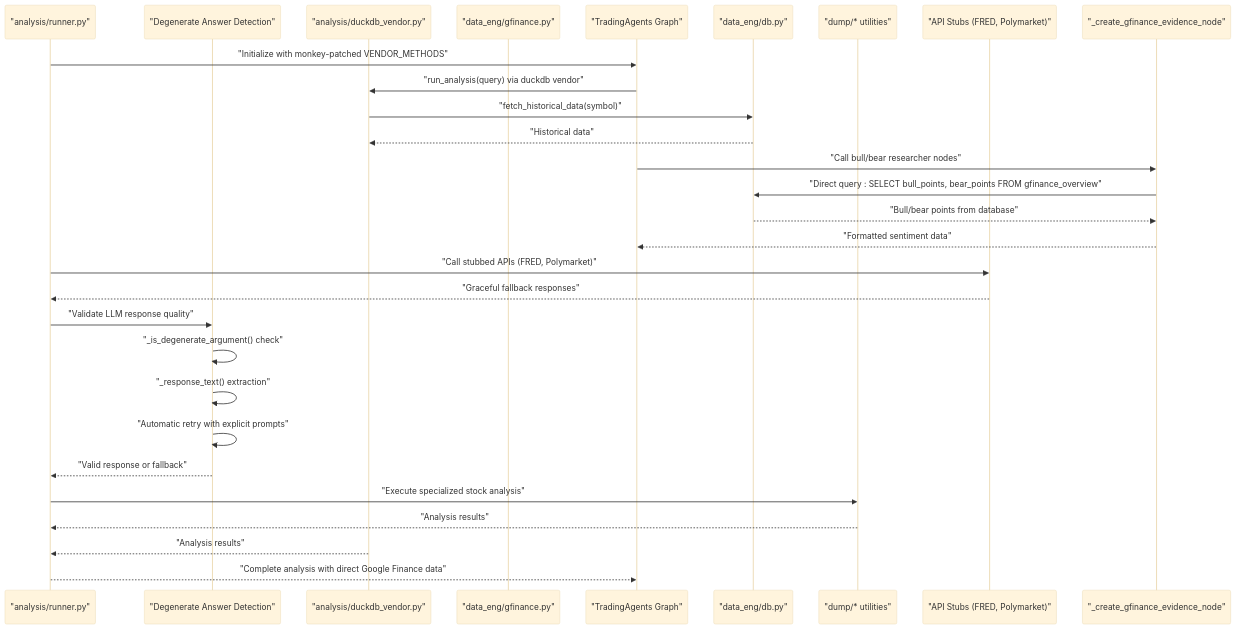
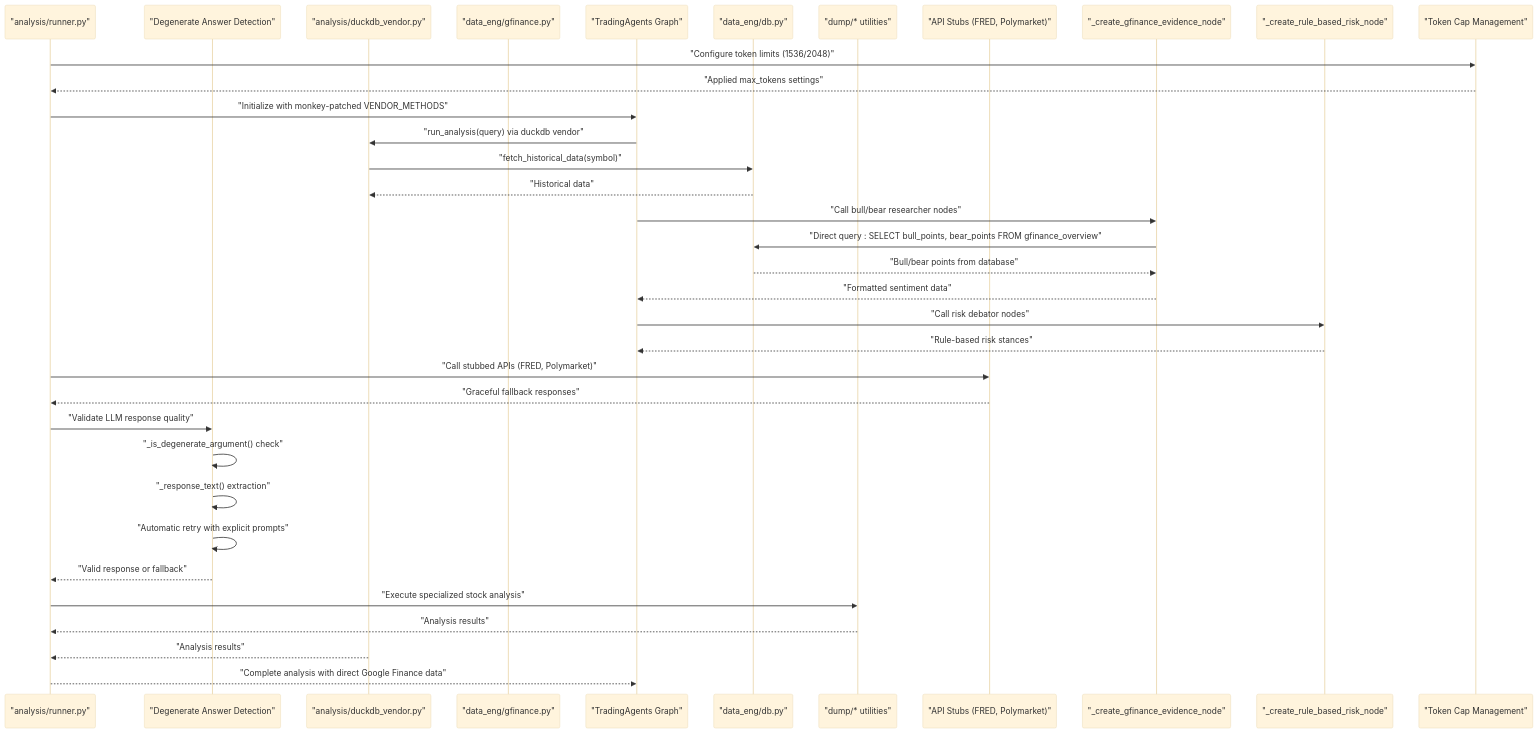
Before and after one commit to ZengSeng/telegram-bot: the ninth of 13 diagrams in .qoder/repowiki/en/content/Core Components/Analysis Framework.md, drawn with Mermaid (base theme). The commit also changed other lines of this file and 8 other files, not shown here.

````diff
--- a/.qoder/repowiki/en/content/Core Components/Analysis Framework.md
+++ b/.qoder/repowiki/en/content/Core Components/Analysis Framework.md
@@ -496,31 +521,37 @@
 ```mermaid
 sequenceDiagram
 participant Runner as "analysis/runner.py"
 participant LLMValidator as "Degenerate Answer Detection"
 participant DuckDB as "analysis/duckdb_vendor.py"
 participant GoogleFinance as "data_eng/gfinance.py"
 participant TradingAgents as "TradingAgents Graph"
 participant DB as "data_eng/db.py"
 participant DumpUtils as "dump/* utilities"
 participant Stubs as "API Stubs (FRED, Polymarket)"
 participant GFINode as "_create_gfinance_evidence_node"
+participant RiskNodes as "_create_rule_based_risk_node"
+participant TokenCaps as "Token Cap Management"
+Runner->>TokenCaps : "Configure token limits (1536/2048)"
+TokenCaps-->>Runner : "Applied max_tokens settings"
 Runner->>TradingAgents : "Initialize with monkey-patched VENDOR_METHODS"
 TradingAgents->>DuckDB : "run_analysis(query) via duckdb vendor"
 DuckDB->>DB : "fetch_historical_data(symbol)"
 DB-->>DuckDB : "Historical data"
 TradingAgents->>GFINode : "Call bull/bear researcher nodes"
 GFINode->>DB : "Direct query : SELECT bull_points, bear_points FROM gfinance_overview"
 DB-->>GFINode : "Bull/bear points from database"
 GFINode-->>TradingAgents : "Formatted sentiment data"
+TradingAgents->>RiskNodes : "Call risk debator nodes"
+RiskNodes-->>TradingAgents : "Rule-based risk stances"
 Runner->>Stubs : "Call stubbed APIs (FRED, Polymarket)"
 Stubs-->>Runner : "Graceful fallback responses"
 Runner->>LLMValidator : "Validate LLM response quality"
 LLMValidator->>LLMValidator : "_is_degenerate_argument() check"
 LLMValidator->>LLMValidator : "_response_text() extraction"
 LLMValidator->>LLMValidator : "Automatic retry with explicit prompts"
 LLMValidator-->>Runner : "Valid response or fallback"
 Runner->>DumpUtils : "Execute specialized stock analysis"
 DumpUtils-->>Runner : "Analysis results"
 DuckDB-->>Runner : "Analysis results"
 Runner-->>TradingAgents : "Complete analysis with direct Google Finance data"
 ```
````
